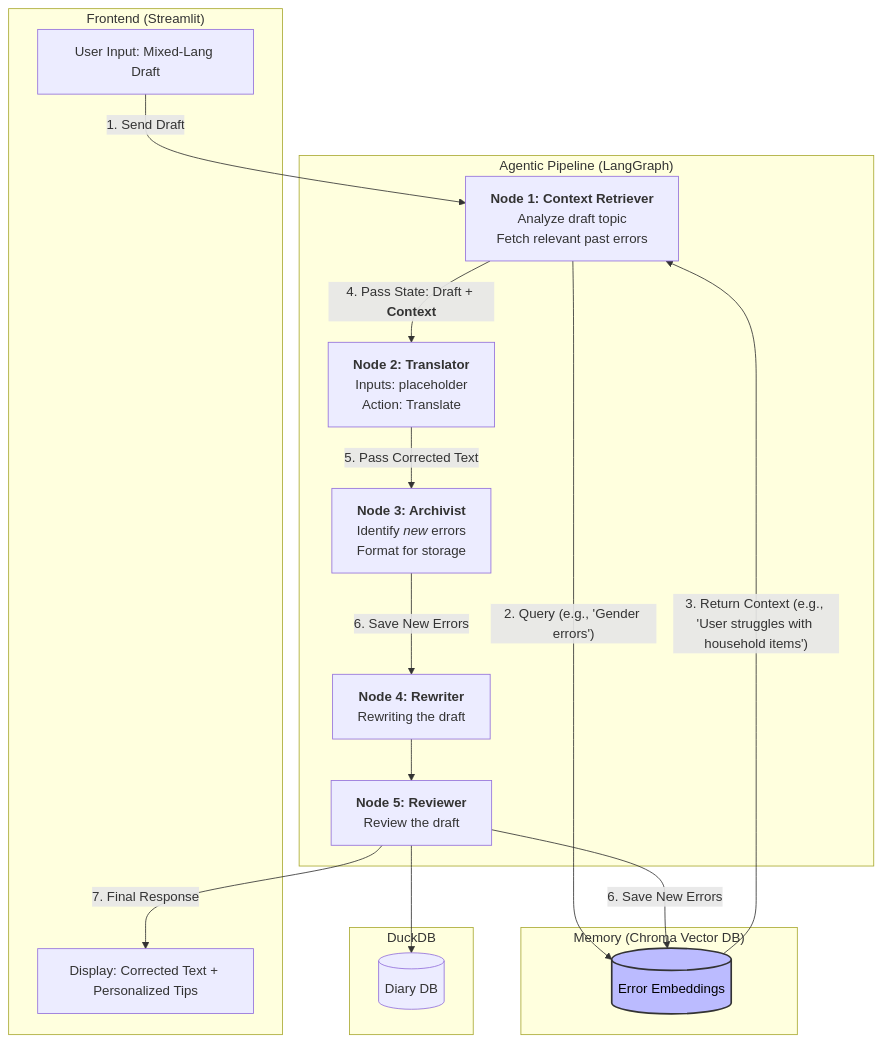
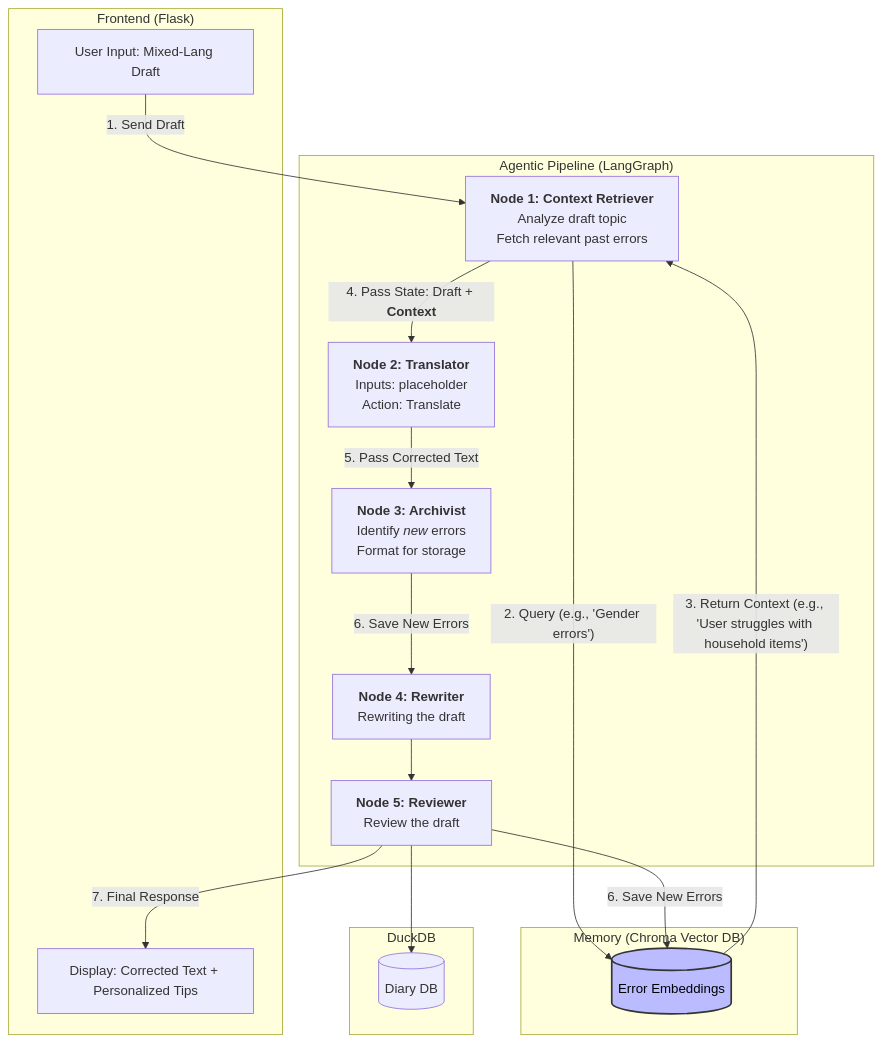
Before and after one commit to Kensuke-Mitsuzawa/showcase-LangDiaryAgentic: the diagram in README.md, drawn with Mermaid. The commit also changed other lines of this file and 6 other files, not shown here.

```diff
--- a/README.md
+++ b/README.md
@@ -33,7 +33,7 @@
 
 %% 1. The User Interface Layer
 
-subgraph "Frontend (Streamlit)"
+subgraph "Frontend (Flask)"
 
 UI_Input[User Input: Mixed-Lang Draft]
 
```
